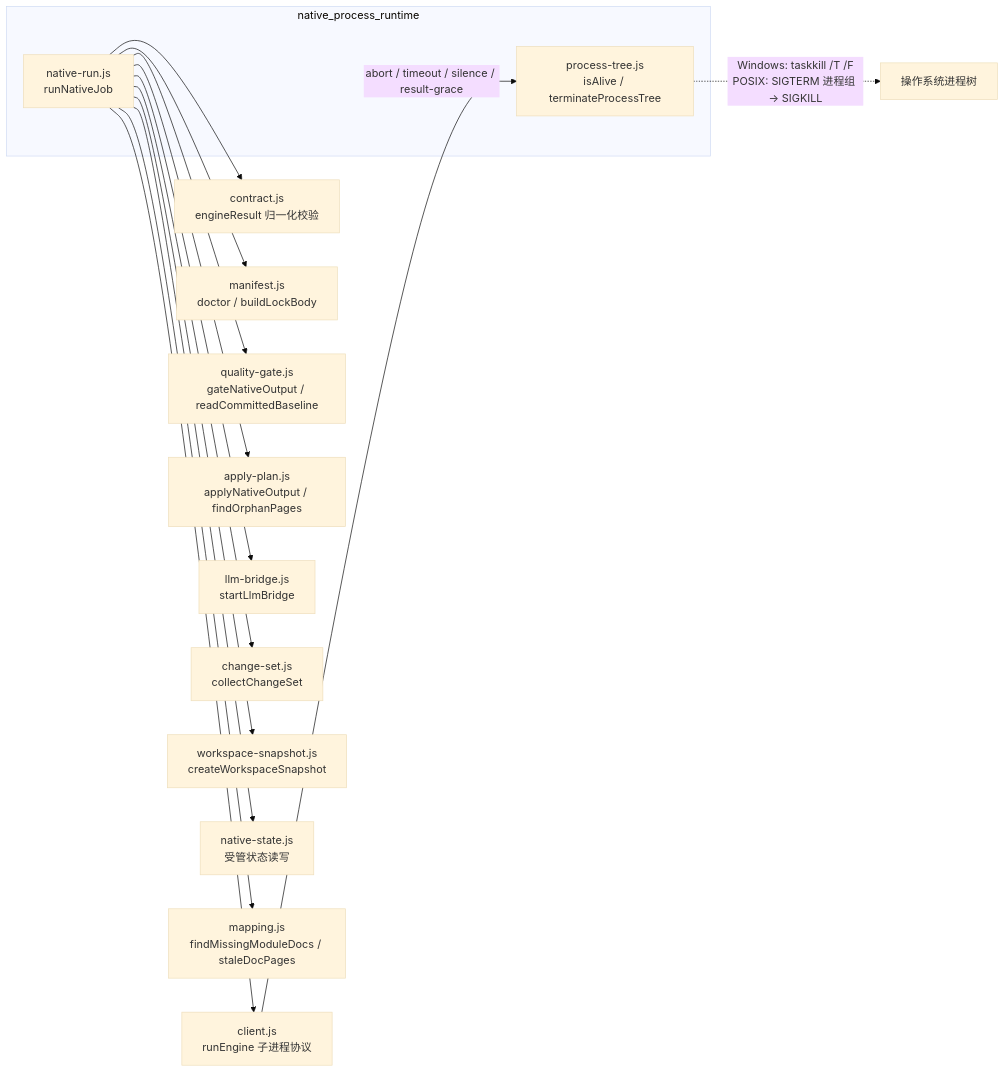
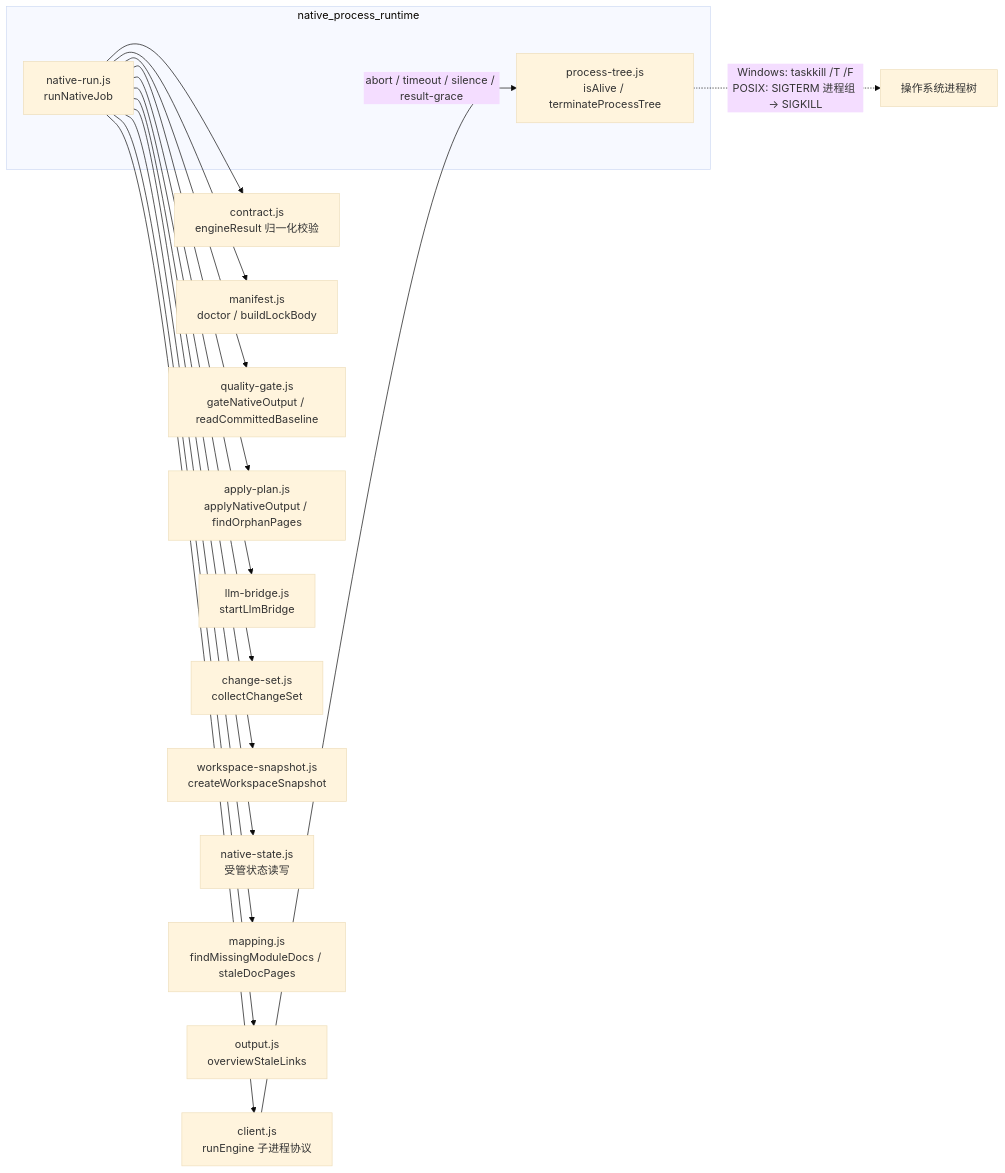
The second of 3 diagrams in .codewiki/modules/native-process-runtime.md (ikliml666/dsh-codewiki), drawn with Mermaid (base theme) before and after one commit. The commit also changed other lines of this file and 12 other files, not shown here.

````diff
--- a/.codewiki/modules/native-process-runtime.md
+++ b/.codewiki/modules/native-process-runtime.md
@@ -65,21 +65,22 @@
 ```mermaid
 flowchart LR
     subgraph 当前模块["native_process_runtime"]
         NR["native-run.js<br/>runNativeJob"]
         PT["process-tree.js<br/>isAlive / terminateProcessTree"]
     end
 
     NR --> CT["contract.js<br/>engineResult 归一化校验"]
     NR --> CL["client.js<br/>runEngine 子进程协议"]
     NR --> MF["manifest.js<br/>doctor / buildLockBody"]
     NR --> QG["quality-gate.js<br/>gateNativeOutput / readCommittedBaseline"]
     NR --> AP["apply-plan.js<br/>applyNativeOutput / findOrphanPages"]
     NR --> LB["llm-bridge.js<br/>startLlmBridge"]
     NR --> CS["change-set.js<br/>collectChangeSet"]
     NR --> WS["workspace-snapshot.js<br/>createWorkspaceSnapshot"]
     NR --> NS["native-state.js<br/>受管状态读写"]
     NR --> MP["mapping.js<br/>findMissingModuleDocs / staleDocPages"]
+    NR --> OP["output.js<br/>overviewStaleLinks"]
 
     CL -->|"abort / timeout / silence / result-grace"| PT
     PT -.->|"Windows: taskkill /T /F<br/>POSIX: SIGTERM 进程组 → SIGKILL"| OS["操作系统进程树"]
 ```
````
